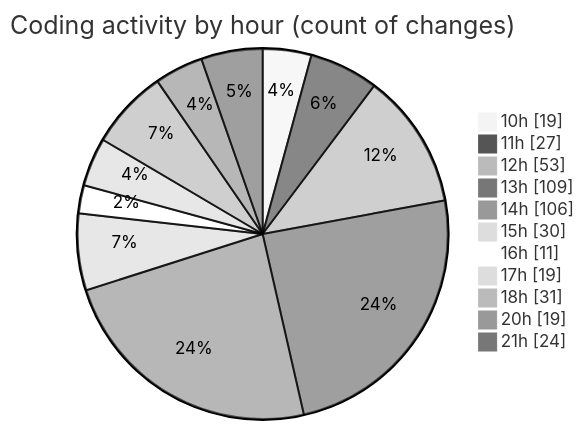
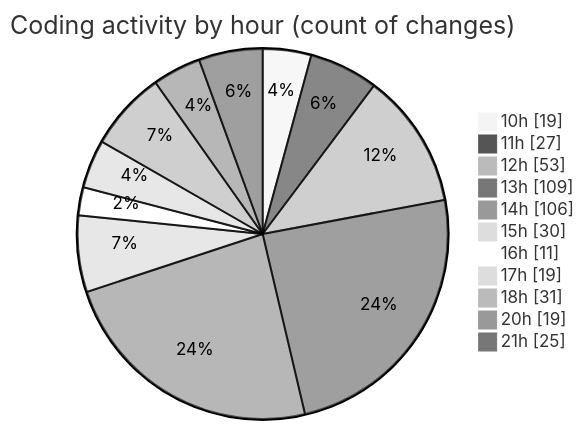
The second of 2 diagrams in 2025-03-18/cda/README.md (momahboobian/code-tracking), drawn with Mermaid (neutral theme) before and after one commit. The commit also changed other lines of this file and 1 other file, not shown here.

````diff
--- a/2025-03-18/cda/README.md
+++ b/2025-03-18/cda/README.md
@@ -44,15 +44,15 @@
 ```mermaid
 pie showData
 title Coding activity by hour (count of changes)
 "10h" : 19
 "11h" : 27
 "12h" : 53
 "13h" : 109
 "14h" : 106
 "15h" : 30
 "16h" : 11
 "17h" : 19
 "18h" : 31
 "20h" : 19
-"21h" : 24
+"21h" : 25
 ```
````
